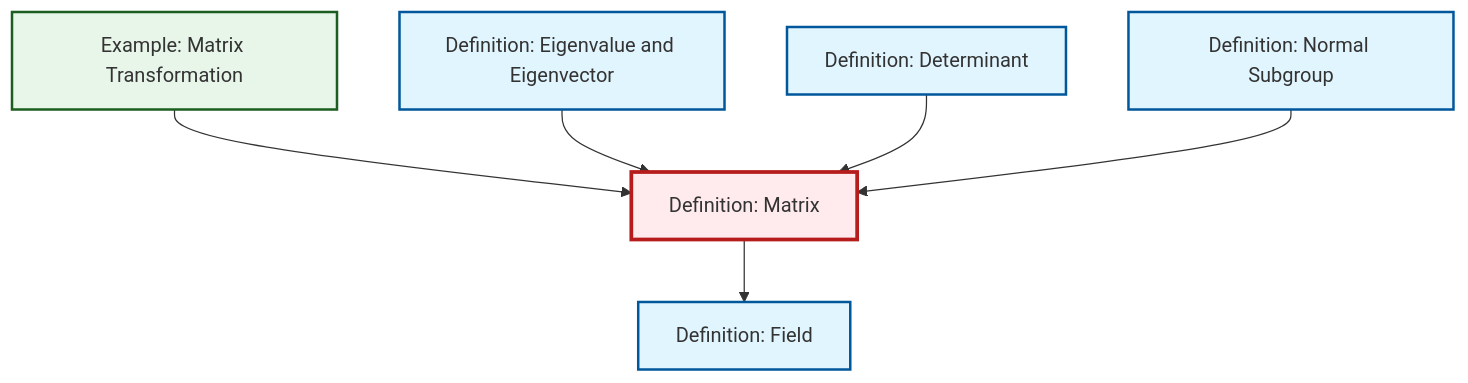
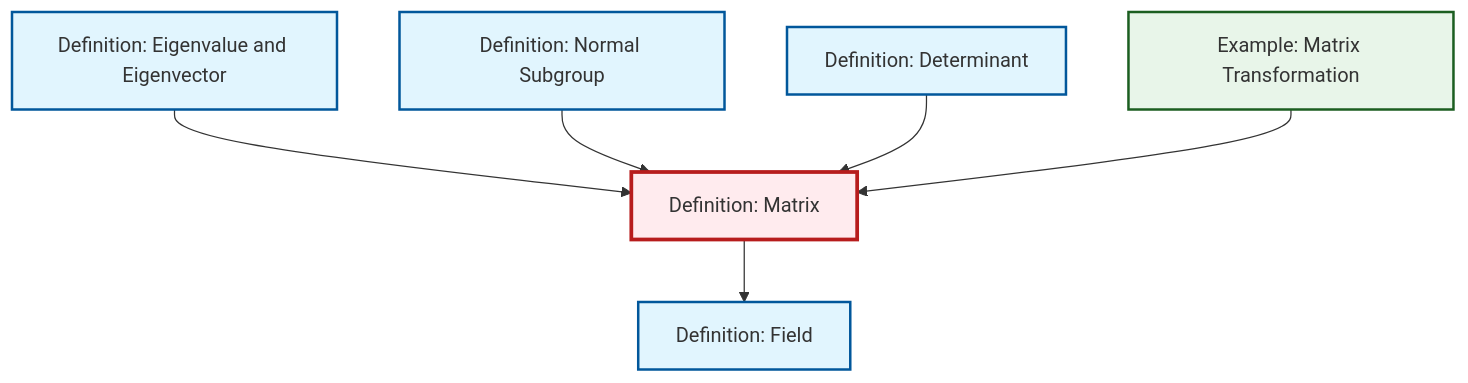
One commit to RK0429/ModernMath changed the diagram in content/en/algebra/def-matrix.qmd. Above: the diagram before and after it, drawn with Mermaid. The commit also changed other lines of this file and 581 other files, not shown here.

````diff
--- a/content/en/algebra/def-matrix.qmd
+++ b/content/en/algebra/def-matrix.qmd
@@ -59,26 +59,26 @@
 ```{mermaid}
 %%| fig-cap: "Local dependency graph"
 graph TD
     classDef definition fill:#e1f5fe,stroke:#01579b,stroke-width:2px
     classDef theorem fill:#f3e5f5,stroke:#4a148c,stroke-width:2px
     classDef axiom fill:#fff3e0,stroke:#e65100,stroke-width:2px
     classDef example fill:#e8f5e9,stroke:#1b5e20,stroke-width:2px
     classDef current fill:#ffebee,stroke:#b71c1c,stroke-width:3px
-    def-field["Definition: Field"]:::definition
     def-matrix["Definition: Matrix"]:::definition
-    def-normal-subgroup["Definition: Normal Subgroup"]:::definition
     ex-matrix-transformation["Example: Matrix Transformation"]:::example
     def-determinant["Definition: Determinant"]:::definition
     def-eigenvalue-eigenvector["Definition: Eigenvalue and Eigenvector"]:::definition
+    def-normal-subgroup["Definition: Normal Subgroup"]:::definition
+    def-field["Definition: Field"]:::definition
+    def-eigenvalue-eigenvector --> def-matrix
+    def-normal-subgroup --> def-matrix
     def-matrix --> def-field
+    def-determinant --> def-matrix
     ex-matrix-transformation --> def-matrix
-    def-eigenvalue-eigenvector --> def-matrix
-    def-determinant --> def-matrix
-    def-normal-subgroup --> def-matrix
     class def-matrix current
-    click def-field "def-field.html" "Go to Field definition"
-    click def-normal-subgroup "def-normal-subgroup.html" "Go to Normal Subgroup definition"
     click ex-matrix-transformation "ex-matrix-transformation.html" "Go to Matrix Transformation example"
     click def-determinant "def-determinant.html" "Go to Determinant definition"
     click def-eigenvalue-eigenvector "def-eigenvalue-eigenvector.html" "Go to Eigenvalue and Eigenvector definition"
+    click def-normal-subgroup "def-normal-subgroup.html" "Go to Normal Subgroup definition"
+    click def-field "def-field.html" "Go to Field definition"
 ```
````
